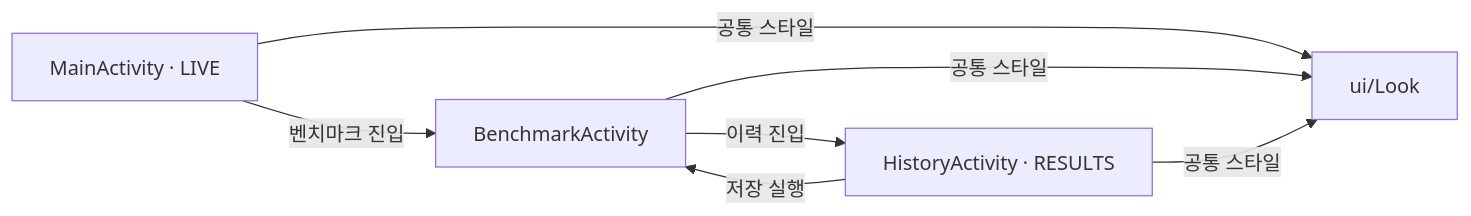
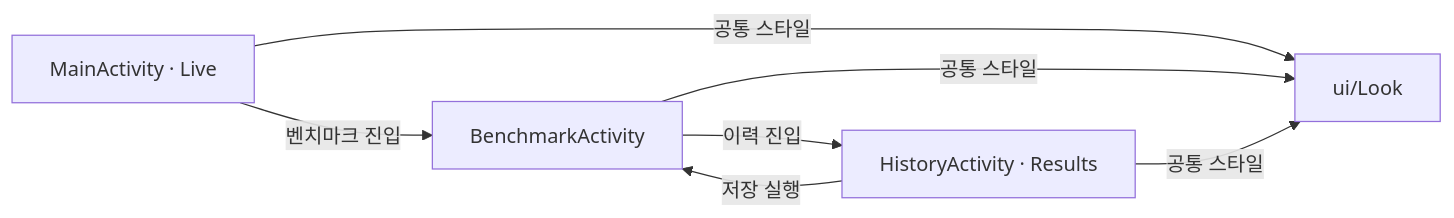
One commit to TTolsun/hal-camera changed the diagram in .omm/overall-architecture/screens/diagram.mmd. Above: the diagram before and after it, drawn with Mermaid. The commit also changed 9 other files, not shown here.

Commit message:
docs: Rename the screen names in the .omm diagrams too

```diff
--- a/.omm/overall-architecture/screens/diagram.mmd
+++ b/.omm/overall-architecture/screens/diagram.mmd
@@ -1,7 +1,7 @@
 graph LR
-    live["MainActivity · LIVE"] -->|"벤치마크 진입"| benchmark["BenchmarkActivity"]
-    benchmark -->|"이력 진입"| history["HistoryActivity · RESULTS"]
+    live["MainActivity · Live"] -->|"벤치마크 진입"| benchmark["BenchmarkActivity"]
+    benchmark -->|"이력 진입"| history["HistoryActivity · Results"]
     history -->|"저장 실행"| benchmark
     live -->|"공통 스타일"| look["ui/Look"]
     benchmark -->|"공통 스타일"| look
     history -->|"공통 스타일"| look
```
